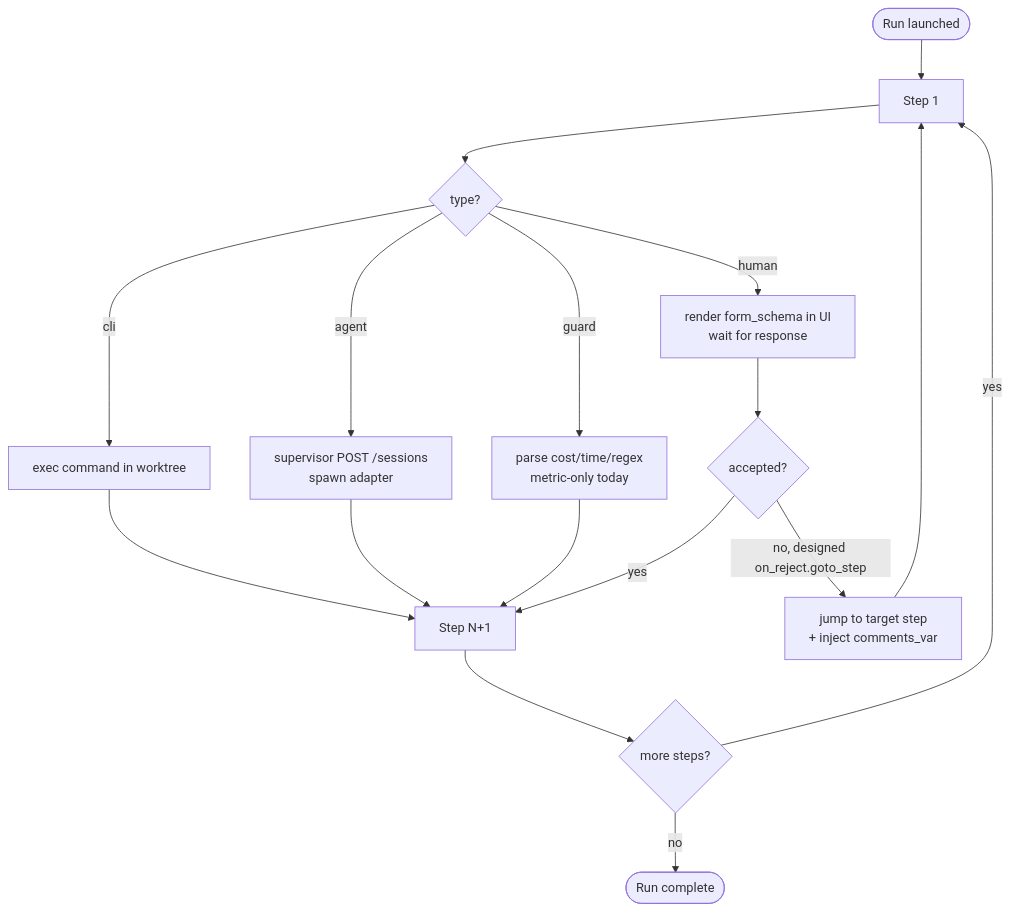
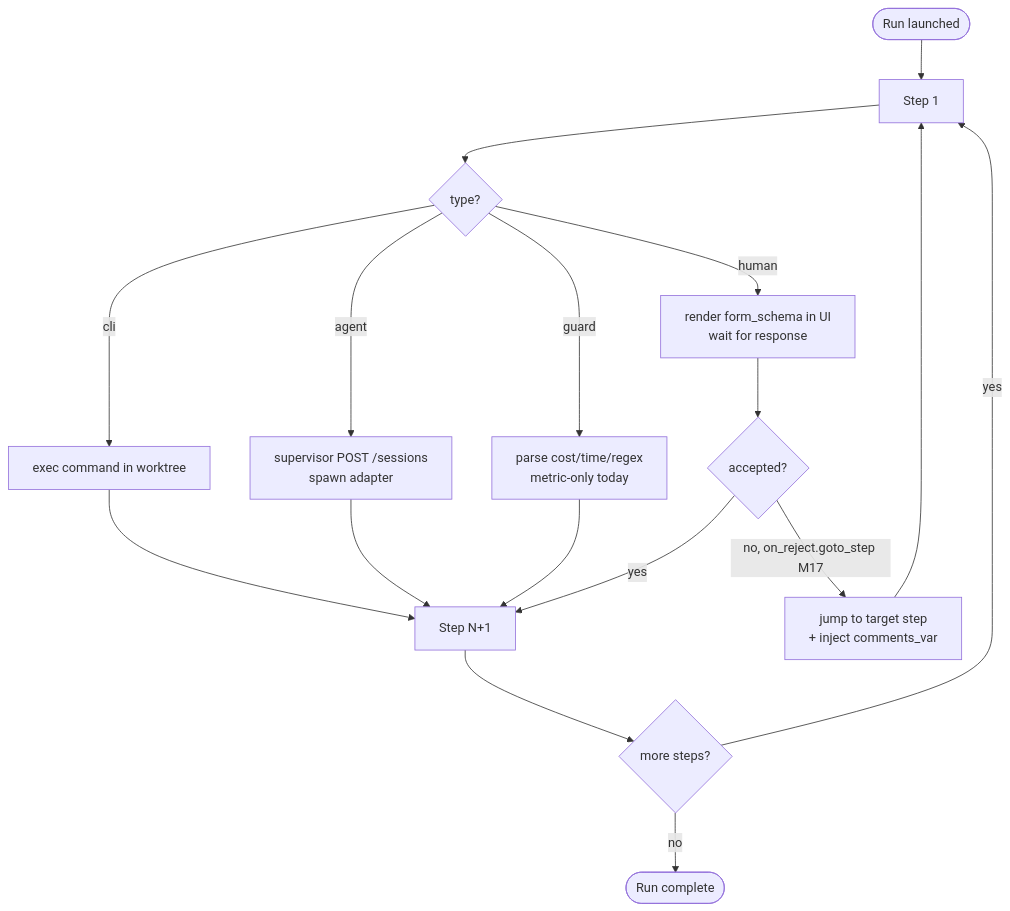
Before and after one commit to maister-dev/maister: the fourth of 5 diagrams in docs/system-analytics/flows.md, drawn with Mermaid. The commit also changed other lines of this file and 79 other files, not shown here.

````diff
--- a/docs/system-analytics/flows.md
+++ b/docs/system-analytics/flows.md
@@ -124,19 +126,19 @@
 ```mermaid
 flowchart TD
     Start([Run launched]) --> S1[Step 1]
     S1 --> T{type?}
     T -- cli --> Exec1[exec command in worktree]
     T -- agent --> Acp1[supervisor POST /sessions<br/>spawn adapter]
     T -- guard --> Eval[parse cost/time/regex<br/>metric-only today]
     T -- human --> Form[render form_schema in UI<br/>wait for response]
     Exec1 --> Next
     Acp1 --> Next
     Eval --> Next
     Form --> Verdict{accepted?}
     Verdict -- yes --> Next[Step N+1]
-    Verdict -- no, designed on_reject.goto_step --> Loop[jump to target step<br/>+ inject comments_var]
+    Verdict -- no, on_reject.goto_step M17 --> Loop[jump to target step<br/>+ inject comments_var]
     Loop --> S1
     Next --> Done{more steps?}
     Done -- yes --> S1
     Done -- no --> End([Run complete])
 ```
````
